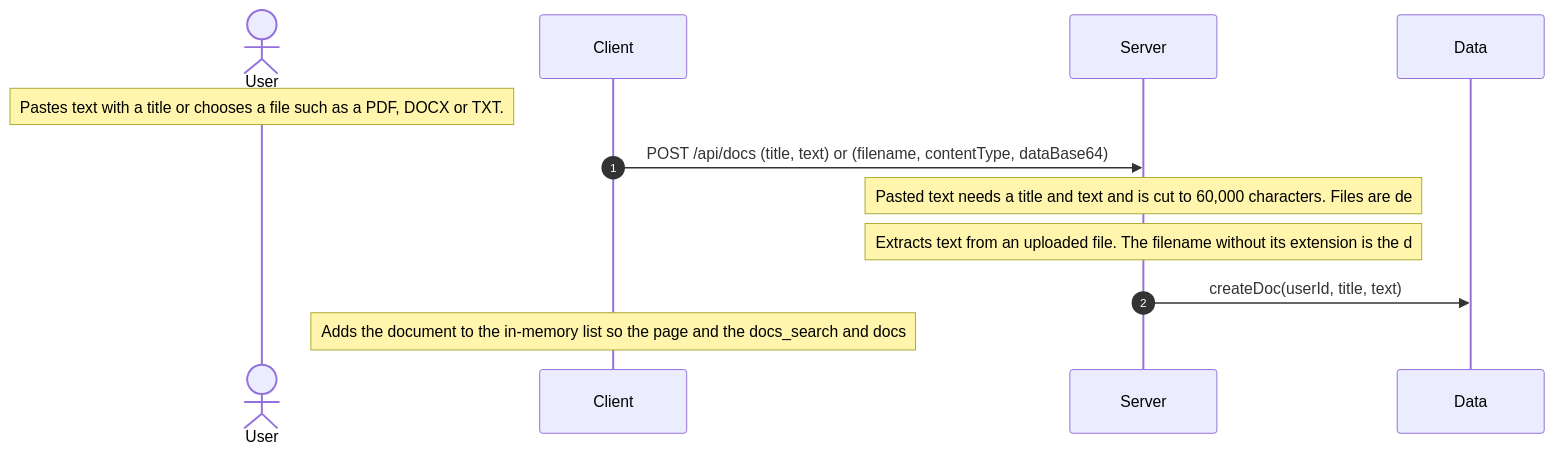
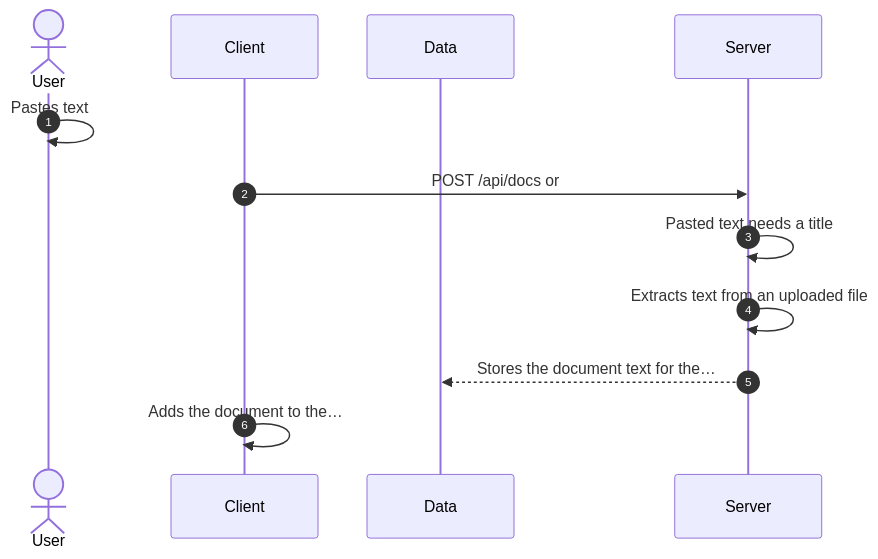
One commit to lngsa1234/mini-muse-mvp changed the diagram in docs/architecture/workflows/library-ingest.md. Above: the diagram before and after it, drawn with Mermaid. The commit also changed 4 other files, not shown here.

````diff
--- a/docs/architecture/workflows/library-ingest.md
+++ b/docs/architecture/workflows/library-ingest.md
@@ -15,14 +15,14 @@
 ```mermaid
 sequenceDiagram
   autonumber
   actor user as User
   participant client as Client
+  participant data as Data
   participant server as Server
-  participant data as Data
-  Note over user: Pastes text with a title or chooses a file such as a PDF, DOCX or TXT.
-  client->>server: POST /api/docs (title, text) or (filename, contentType, dataBase64)
-  Note over server: Pasted text needs a title and text and is cut to 60,000 characters. Files are de
-  Note over server: Extracts text from an uploaded file. The filename without its extension is the d
-  server->>data: createDoc(userId, title, text)
-  Note over client: Adds the document to the in-memory list so the page and the docs_search and docs
+  user->>user: Pastes text
+  client->>server: POST /api/docs or
+  server->>server: Pasted text needs a title
+  server->>server: Extracts text from an uploaded file
+  server-->>data: Stores the document text for the…
+  client->>client: Adds the document to the…
 ```
````
